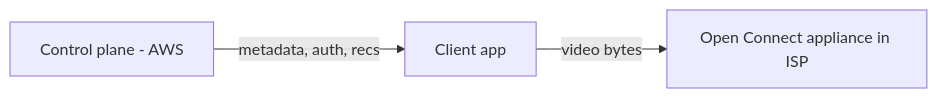
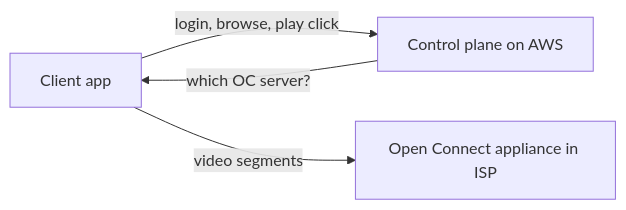
One commit to hiepgithub2001/swedocs changed the diagram in system-design/2-case-studies/companies/netflix.md. Above: the diagram before and after it, drawn with Mermaid. The commit also changed other lines of this file and 12 other files, not shown here.

Commit message:
Expand all 13 case studies with deeper detail (clarifying Qs, estimation math, schemas, more deep dives & diagrams)

````diff
--- a/system-design/2-case-studies/companies/netflix.md
+++ b/system-design/2-case-studies/companies/netflix.md
@@ -22,5 +33,6 @@
 ```mermaid
 flowchart LR
-    Control[Control plane - AWS] -->|metadata, auth, recs| App[Client app]
-    App -->|video bytes| OC[Open Connect appliance in ISP]
+    App[Client app] -->|login, browse, play click| AWS[Control plane on AWS]
+    AWS -->|which OC server?| App
+    App -->|video segments| OC[Open Connect appliance in ISP]
 ```
````
